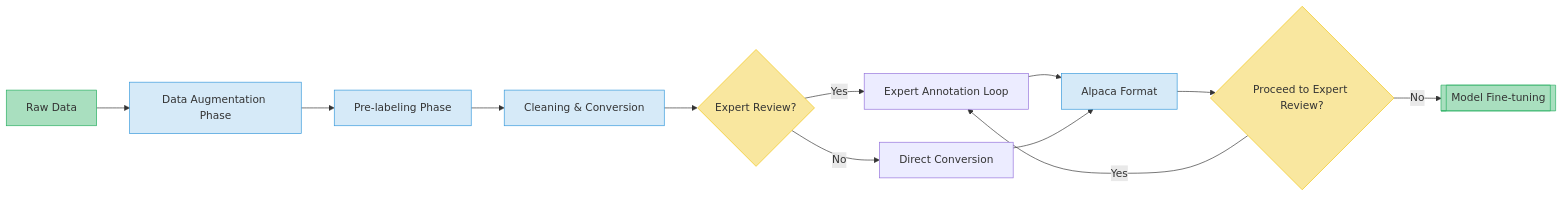
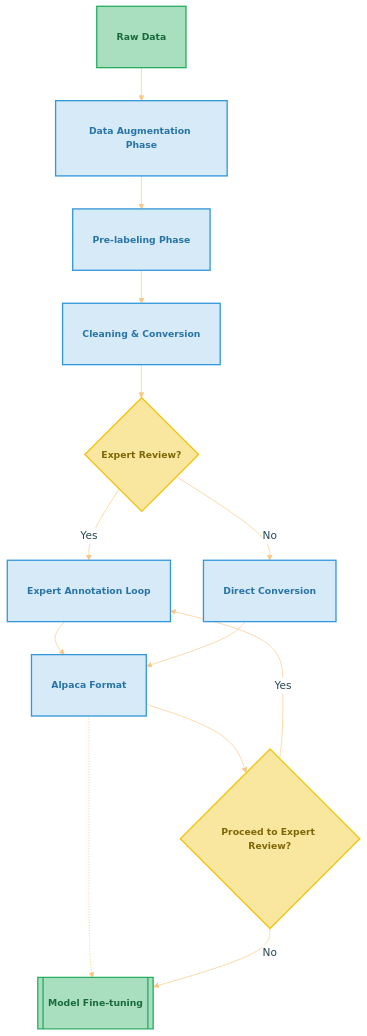
One commit to YottaCheng/MixMaster-Finetune changed the diagram in cache/flowchat/data_prepare.mmd. Above: the diagram before and after it, drawn with Mermaid. The commit also changed 8 other files, not shown here.

```diff
--- a/cache/flowchat/data_prepare.mmd
+++ b/cache/flowchat/data_prepare.mmd
@@ -1,18 +1,43 @@
-flowchart LR
+%%{init: {
+  'theme': 'base',
+  'themeVariables': {
+    'primaryColor': '#ffffff',
+    'primaryTextColor': '#264653',
+    'primaryBorderColor': '#f9c784',
+    'lineColor': '#f9c784',
+    'clusterBkg': 'transparent',
+    'clusterBorder': 'transparent',
+    'fontFamily': 'Arial, Helvetica, sans-serif',
+    'flowchart': {
+      'nodeSpacing': 40,
+      'rankSpacing': 50,
+      'curve': 'basis'
+    }
+  }
+}}%%
+flowchart TB
     A[Raw Data] --> B[Data Augmentation Phase]
     B --> C[Pre-labeling Phase]
     C --> D[Cleaning & Conversion]
     D --> E{Expert Review?}
+    
     E -->|Yes| F[Expert Annotation Loop]
     E -->|No| G[Direct Conversion]
-    F & G --> H[Alpaca Format]
+    
+    F --> H[Alpaca Format]
+    G --> H
+    
     H --> I{Proceed to Expert Review?}
+    H -.-> J[[Model Fine-tuning]]
+    
     I -->|Yes| F
-    I -->|No| J[[Model Fine-tuning]]
-
-    classDef phase fill:#D6EAF8,stroke:#3498DB;
-    classDef decision fill:#F9E79F,stroke:#F1C40F;
-    classDef final fill:#A9DFBF,stroke:#27AE60;
-    class A,J final;
-    class B,C,D,H phase;
-    class E,I decision;
+    I -->|No| J
+    
+    %% Improved styling
+    classDef phase fill:#D6EAF8,stroke:#3498DB,stroke-width:2px,color:#2874A6,text-align:center,font-size:14px,font-weight:bold,border-radius:5px,padding:10px
+    classDef decision fill:#F9E79F,stroke:#F1C40F,stroke-width:2px,color:#7D6608,text-align:center,font-size:14px,font-weight:bold
+    classDef final fill:#A9DFBF,stroke:#27AE60,stroke-width:2px,color:#186A3B,text-align:center,font-size:14px,font-weight:bold,border-radius:5px,padding:10px
+    
+    class A,J final
+    class B,C,D,F,G,H phase
+    class E,I decision
```
